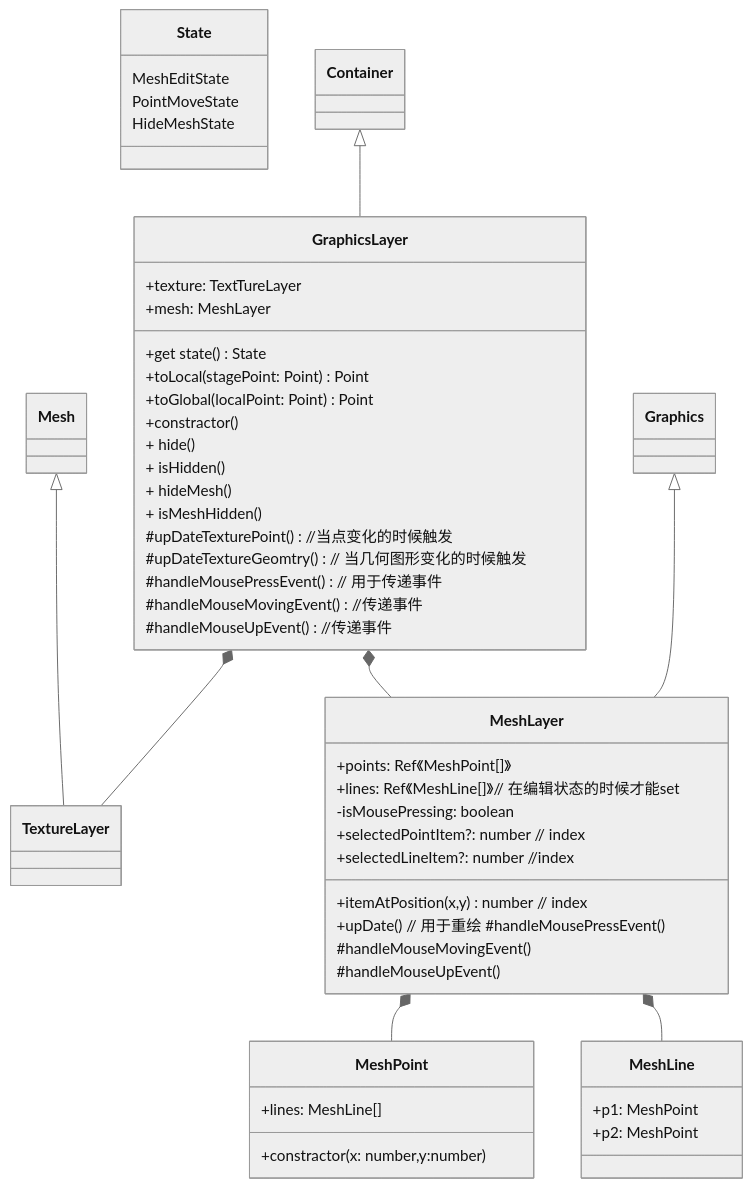
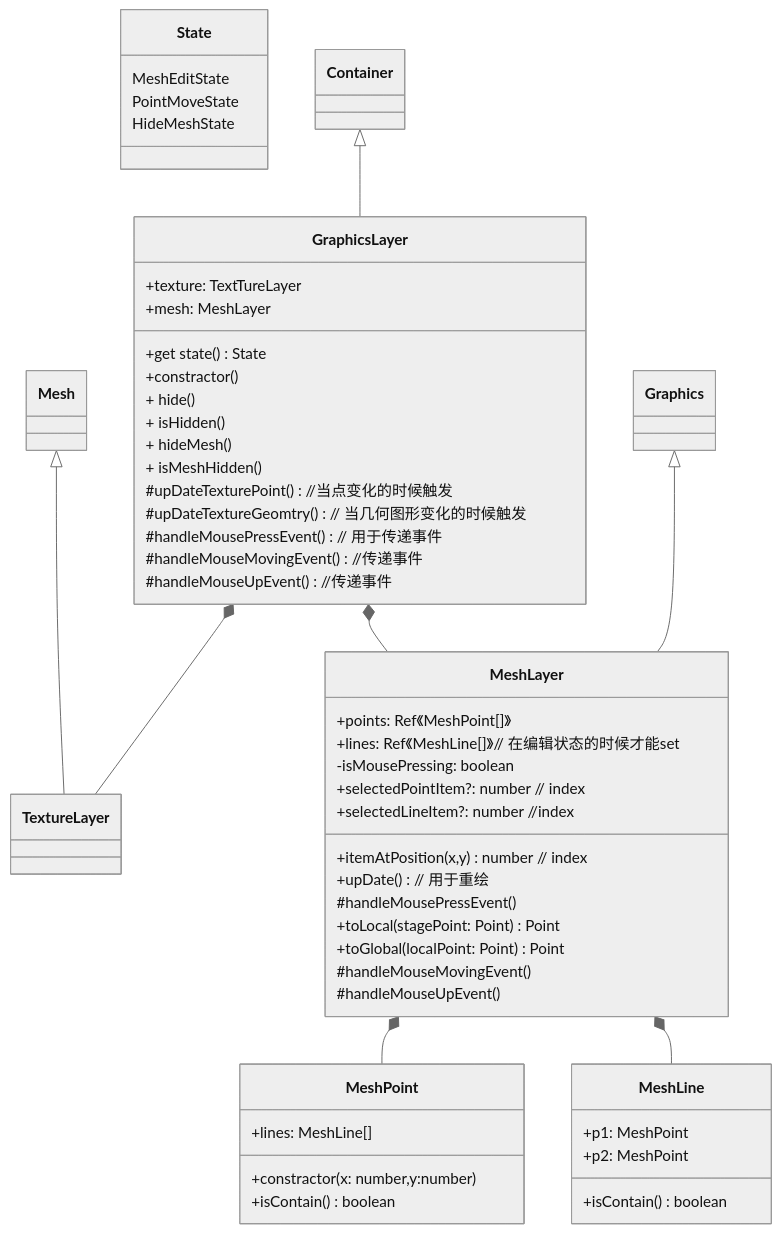
One commit to Chenyichen12/waifu-editor changed the diagram in src/components/MainStage/Struct.md. Above: the diagram before and after it, drawn with Mermaid (neutral theme). The commit also changed 6 other files, not shown here.

````diff
--- a/src/components/MainStage/Struct.md
+++ b/src/components/MainStage/Struct.md
@@ -1,66 +1,70 @@
 ```mermaid
 classDiagram 
 class State{
     MeshEditState
     PointMoveState
     HideMeshState
 }
 class GraphicsLayer{
 
     
     +get state() State
     +texture: TextTureLayer
     +mesh: MeshLayer
-    +toLocal(stagePoint: Point)Point
-    +toGlobal(localPoint: Point)Point
+
     +constractor()
 
     + hide()
     + isHidden()
     + hideMesh()
     + isMeshHidden()
 
     #upDateTexturePoint() //当点变化的时候触发
     #upDateTextureGeomtry() // 当几何图形变化的时候触发
 
     #handleMousePressEvent() // 用于传递事件
     #handleMouseMovingEvent() //传递事件
     #handleMouseUpEvent() //传递事件
 }
 
 Container<|--GraphicsLayer 
 
 class Mesh
 Mesh<|--TextureLayer
 GraphicsLayer *-- MeshLayer
 MeshLayer *-- MeshPoint
 MeshLayer *-- MeshLine
 GraphicsLayer *-- TextureLayer
 Graphics <|-- MeshLayer
 
 
 class MeshLayer{
     +points: Ref《MeshPoint[]》
     +lines: Ref《MeshLine[]》// 在编辑状态的时候才能set
     -isMousePressing: boolean
     +itemAtPosition(x,y) number // index
     +selectedPointItem?: number // index 
     +selectedLineItem?: number //index
-    +upDate() // 用于重绘    #handleMousePressEvent()
+    +upDate() // 用于重绘    
+    #handleMousePressEvent()
+    +toLocal(stagePoint: Point)Point
+    +toGlobal(localPoint: Point)Point
     #handleMouseMovingEvent()
     #handleMouseUpEvent()
 }
 
 class MeshPoint{
     +constractor(x: number,y:number)
-    +lines: MeshLine[] 
+    +lines: MeshLine[]
+    +isContain() boolean
 }
 
 class MeshLine{
     +p1: MeshPoint
-    +p2: MeshPoint   
+    +p2: MeshPoint
+    +isContain() boolean   
 }
 class TextureLayer{
     
 }
 ```
````
